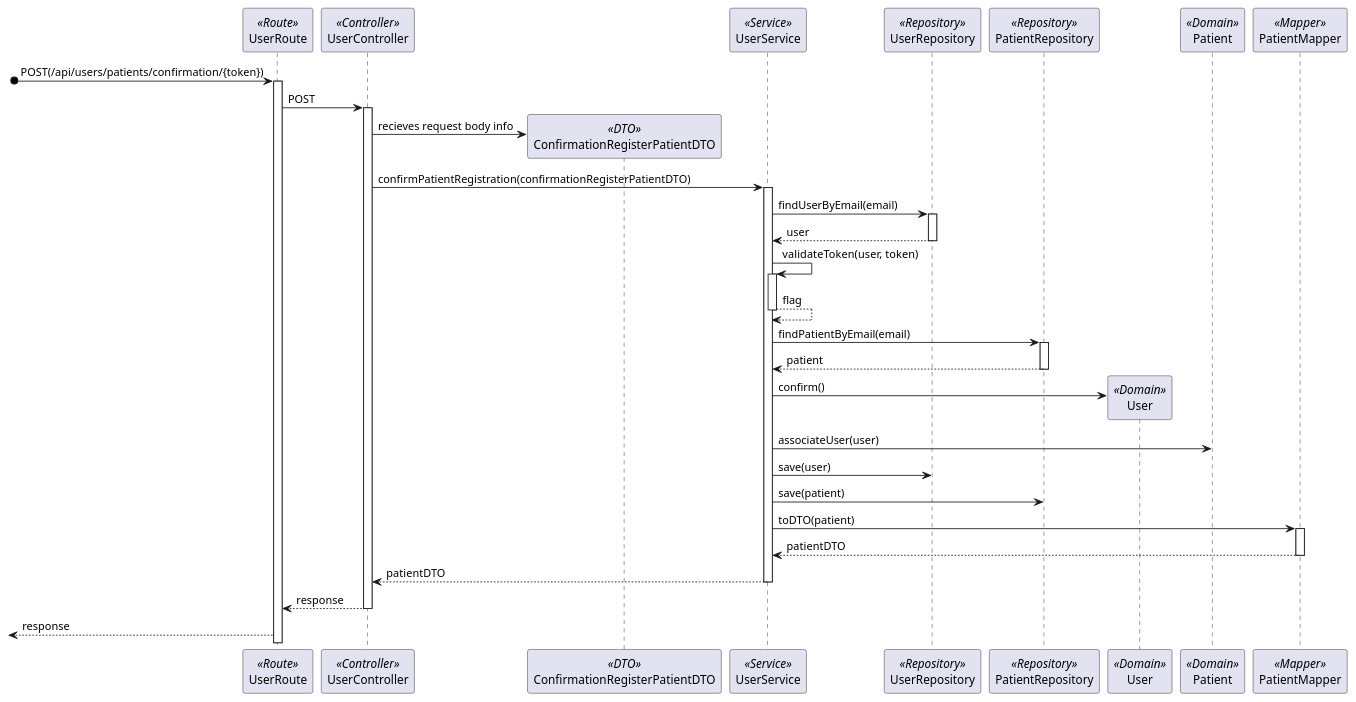
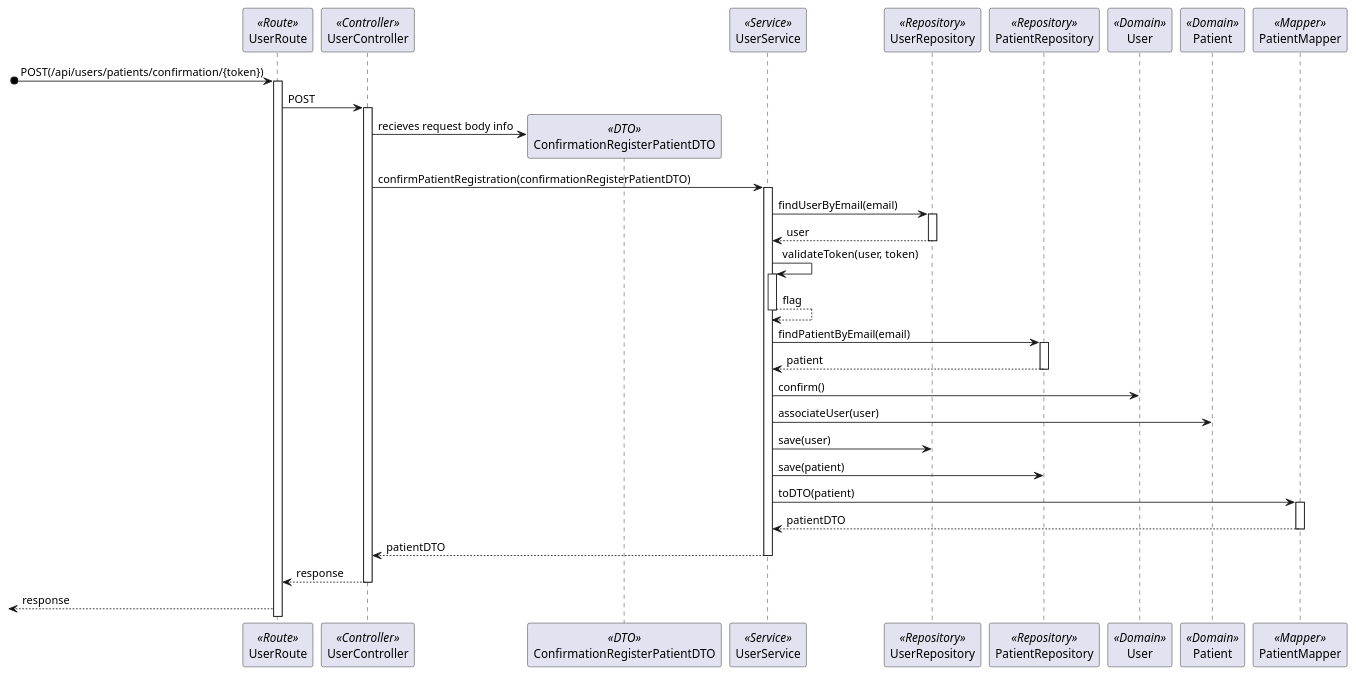
Before and after one commit to Rodrick0209/ISEP-SEM5PI-24-25: the diagram in docs/Sprint_1/US_5.1.3/L3/Process_View_Posterior_Confirmation.puml, drawn with PlantUML. The commit also changed 1 other file, not shown here.

Commit message:
US 5.1.3 Design (Fixed Level 3 Posterior Confirmation Process View Diagram) #4

```diff
--- a/docs/Sprint_1/US_5.1.3/L3/Process_View_Posterior_Confirmation.puml
+++ b/docs/Sprint_1/US_5.1.3/L3/Process_View_Posterior_Confirmation.puml
@@ -2,39 +2,39 @@
 @startuml Process_View_Posterior_Confirmation
 participant UserRoute as Route <<Route>>
 participant UserController as Controller <<Controller>>
 participant ConfirmationRegisterPatientDTO as ConfirmationDTO <<DTO>>
 participant UserService as Service <<Service>>
 participant UserRepository as Repository <<Repository>>
 participant PatientRepository as PatientRepository <<Repository>> 
 participant User as Domain <<Domain>>
 participant Patient as Patient <<Domain>>
 participant PatientMapper as Mapper <<Mapper>>
 [o-> Route : POST(/api/users/patients/confirmation/{token})
 activate Route
 Route -> Controller : POST
 activate Controller
 Controller -> ConfirmationDTO** : recieves request body info
 Controller -> Service : confirmPatientRegistration(confirmationRegisterPatientDTO)
 activate Service
 Service -> Repository : findUserByEmail(email)
 activate Repository
 return user
 Service -> Service : validateToken(user, token)
 activate Service
 return flag
 Service -> PatientRepository : findPatientByEmail(email)
 activate PatientRepository
 return patient
-Service -> Domain** : confirm()
+Service -> Domain : confirm()
 Service -> Patient : associateUser(user)
 Service -> Repository : save(user)
 Service -> PatientRepository : save(patient)
 Service -> Mapper : toDTO(patient)
 activate Mapper
 return patientDTO
 Service --> Controller : patientDTO
 deactivate Service
 Controller --> Route : response
 deactivate Controller
 <-- Route : response
 @enduml
```
